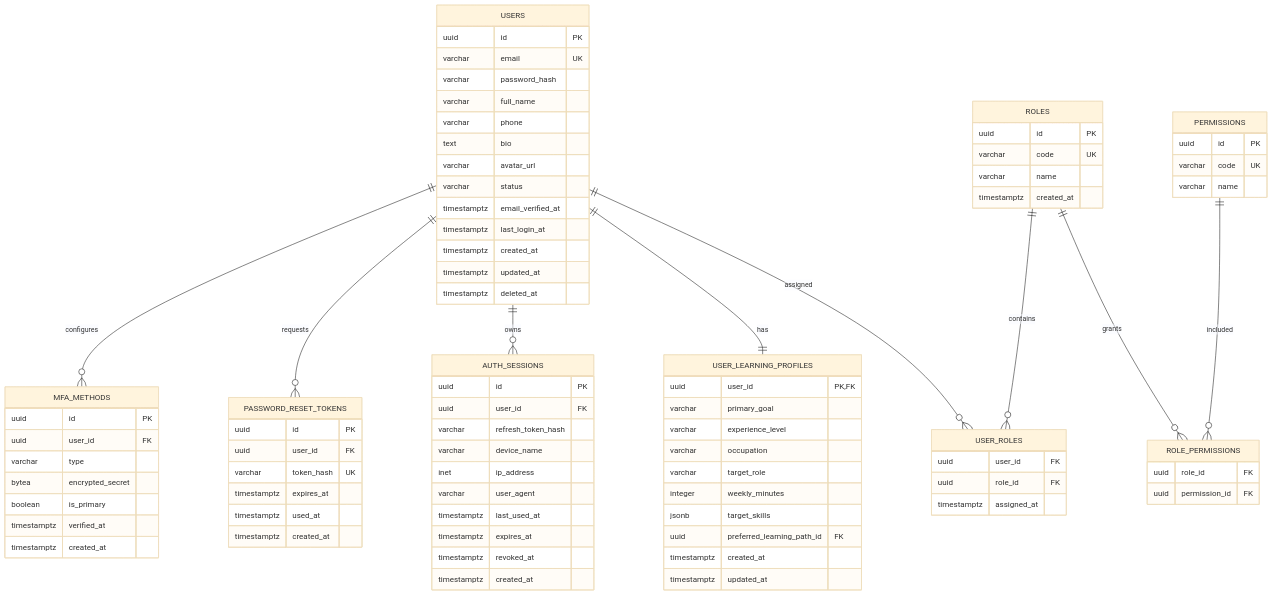
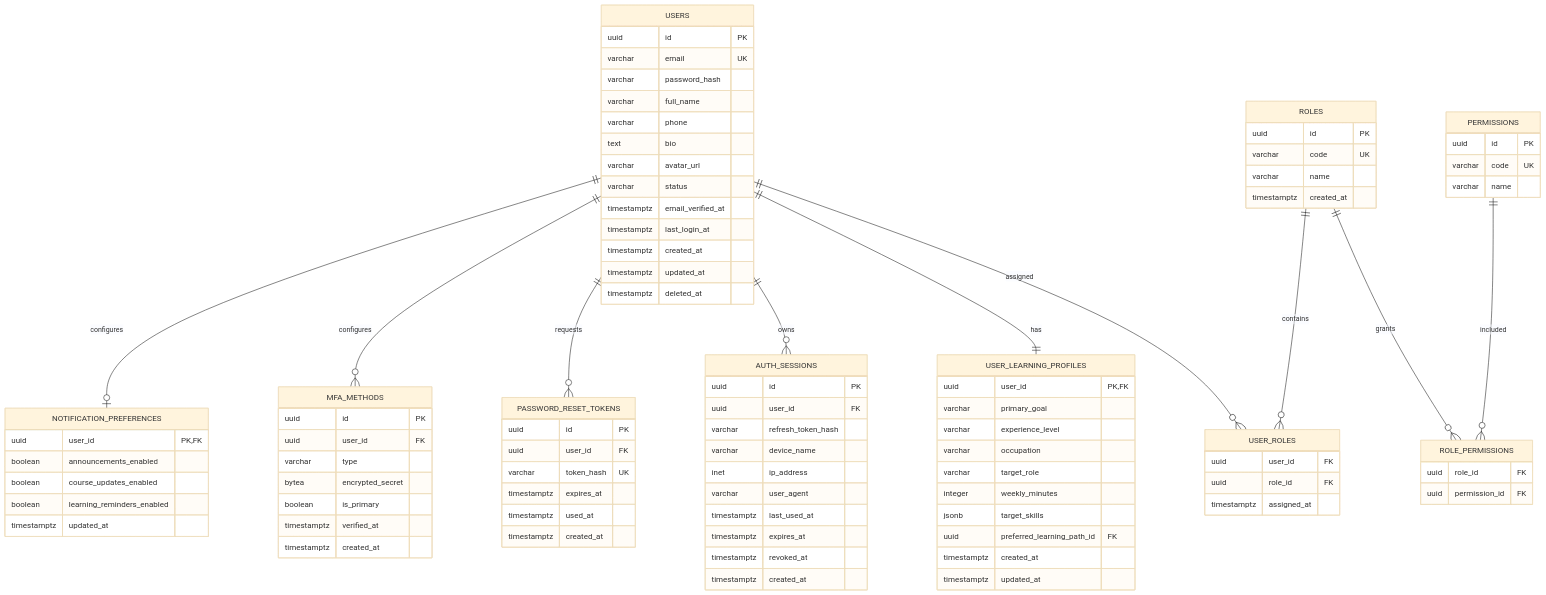
The first of 7 diagrams in docs/database/ERD.md (kvnlhm/lms-ai), drawn with Mermaid (base theme) before and after one commit. The commit also changed 12 other files, not shown here.

Commit message:
feat(profile): add notification preferences

````diff
--- a/docs/database/ERD.md
+++ b/docs/database/ERD.md
@@ -33,6 +33,7 @@
     USERS ||--o{ AUTH_SESSIONS : owns
     USERS ||--o{ PASSWORD_RESET_TOKENS : requests
     USERS ||--o{ MFA_METHODS : configures
+    USERS ||--o| NOTIFICATION_PREFERENCES : configures
 
     USERS {
         uuid id PK
@@ -118,4 +119,12 @@
         timestamptz verified_at
         timestamptz created_at
     }
+
+    NOTIFICATION_PREFERENCES {
+        uuid user_id PK,FK
+        boolean announcements_enabled
+        boolean course_updates_enabled
+        boolean learning_reminders_enabled
+        timestamptz updated_at
+    }
 ```
````
